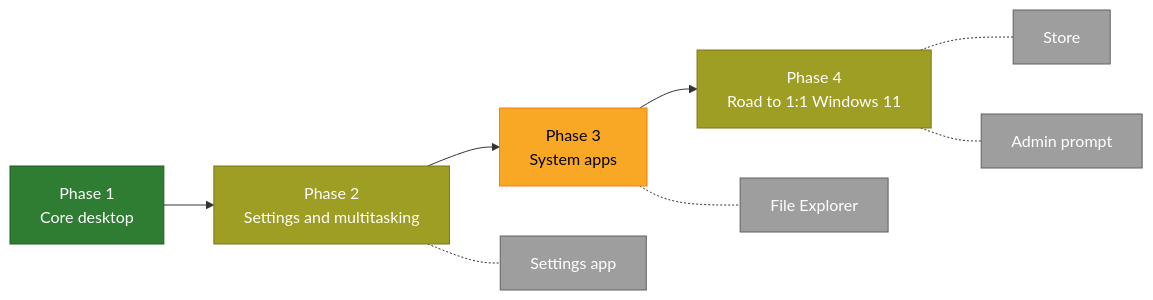
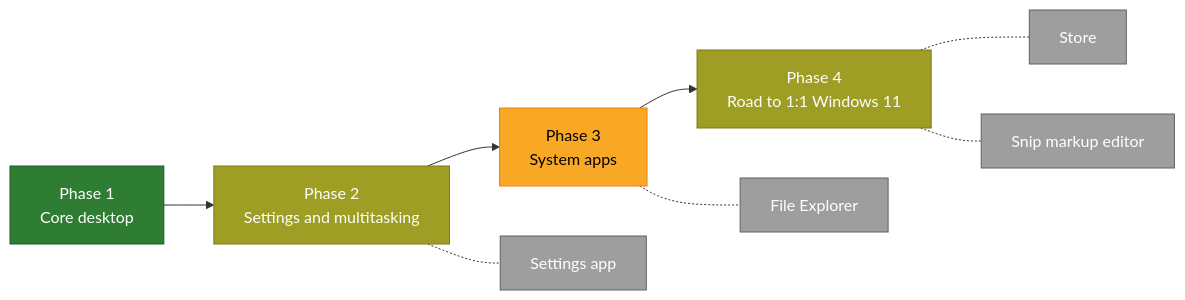
One commit to znraznra/lapin-ux changed the first of 2 diagrams in README.md. Above: the diagram before and after it, drawn with Mermaid. The commit also changed other lines of this file and 5 other files, not shown here.

First line of the commit message:
Docs: README progress, tour and roadmap for pop-ups, admin prompt, Users/Services, search preview, COSMIC title bars, firmware

````diff
--- a/README.md
+++ b/README.md
@@ -41,12 +48,12 @@
 ```mermaid
 flowchart LR
     P1["Phase 1<br/>Core desktop"]:::done --> P2["Phase 2<br/>Settings and multitasking"]:::mostly --> P3["Phase 3<br/>System apps"]:::partly --> P4["Phase 4<br/>Road to 1:1 Windows 11"]:::mostly
     P2 -.- S["Settings app"]:::todo
     P3 -.- FE["File Explorer"]:::todo
     P4 -.- ST["Store"]:::todo
-    P4 -.- AP["Admin prompt"]:::todo
+    P4 -.- MK["Snip markup editor"]:::todo
     classDef done fill:#2e7d32,color:#fff,stroke:#1b5e20
     classDef mostly fill:#9e9d24,color:#fff,stroke:#827717
     classDef partly fill:#f9a825,color:#000,stroke:#f57f17
     classDef todo fill:#9e9e9e,color:#fff,stroke:#616161
 ```
````
